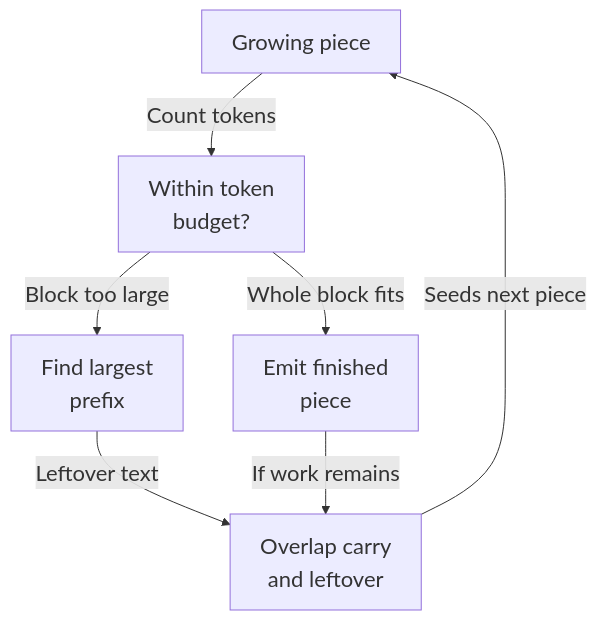
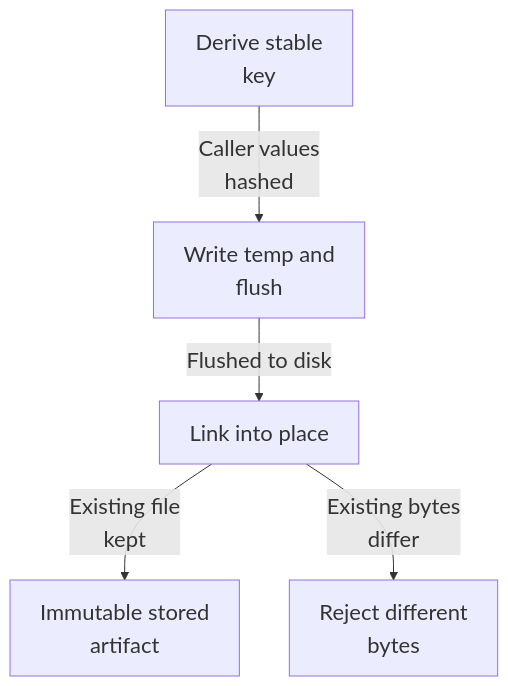
Before and after one commit to Justin-Mendoza/Afterclass: the second of 4 diagrams in maps/ingestion/README.md, drawn with Mermaid. The commit also changed other lines of this file and 85 other files, not shown here.

````diff
--- a/maps/ingestion/README.md
+++ b/maps/ingestion/README.md
@@ -63,15 +60,13 @@
 ```mermaid
 %%{init: {"themeVariables": {"fontSize": "22px"}}}%%
 flowchart TD
-  n0["Growing piece"]
-  n1["Within token<br/>budget?"]
-  n2["Find largest<br/>prefix"]
-  n3["Emit finished<br/>piece"]
-  n4["Overlap carry<br/>and leftover"]
-  n0 -->|"Count tokens"| n1
-  n1 -->|"Whole block fits"| n3
-  n1 -->|"Block too large"| n2
-  n2 -->|"Leftover text"| n4
-  n3 -->|"If work remains"| n4
-  n4 -->|"Seeds next piece"| n0
+  n0["Derive stable<br/>key"]
+  n1["Write temp and<br/>flush"]
+  n2["Link into place"]
+  n3["Immutable stored<br/>artifact"]
+  n4["Reject different<br/>bytes"]
+  n0 -->|"Caller values<br/>hashed"| n1
+  n1 -->|"Flushed to disk"| n2
+  n2 -->|"Existing file<br/>kept"| n3
+  n2 -->|"Existing bytes<br/>differ"| n4
 ```
````
